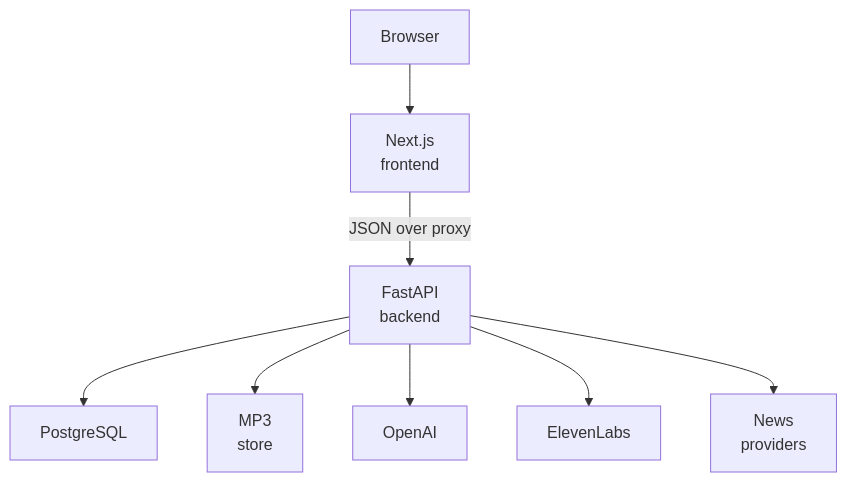
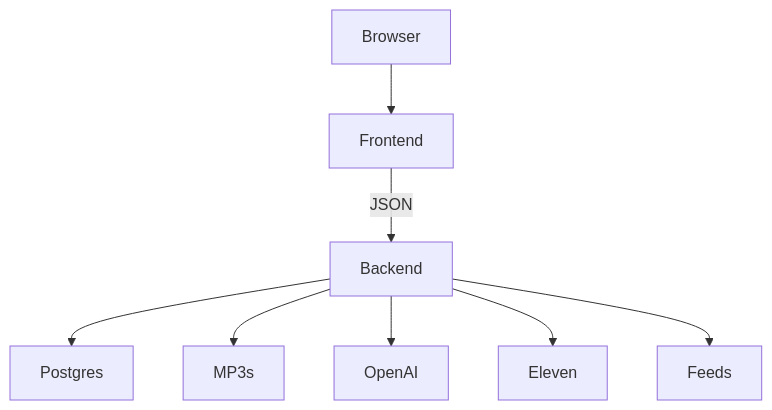
The first of 2 diagrams in README.md (Miles762/-Hardik-personal-podcast-generator), drawn with Mermaid before and after one commit. The commit also changed other lines of this file and 1 other file, not shown here.

Commit message:
Shorten Mermaid node labels so they render without clipping

````diff
--- a/README.md
+++ b/README.md
@@ -64,10 +64,10 @@
 ```mermaid
 flowchart TD
-  User["Browser"] --> FE["Next.js<br/>frontend"]
-  FE -->|"JSON over proxy"| BE["FastAPI<br/>backend"]
-  BE --> DB["PostgreSQL"]
-  BE --> Files["MP3<br/>store"]
+  User["Browser"] --> FE["Frontend"]
+  FE -->|JSON| BE["Backend"]
+  BE --> DB["Postgres"]
+  BE --> Files["MP3s"]
   BE --> OpenAI["OpenAI"]
-  BE --> Eleven["ElevenLabs"]
-  BE --> News["News<br/>providers"]
+  BE --> Eleven["Eleven"]
+  BE --> News["Feeds"]
 ```
````
